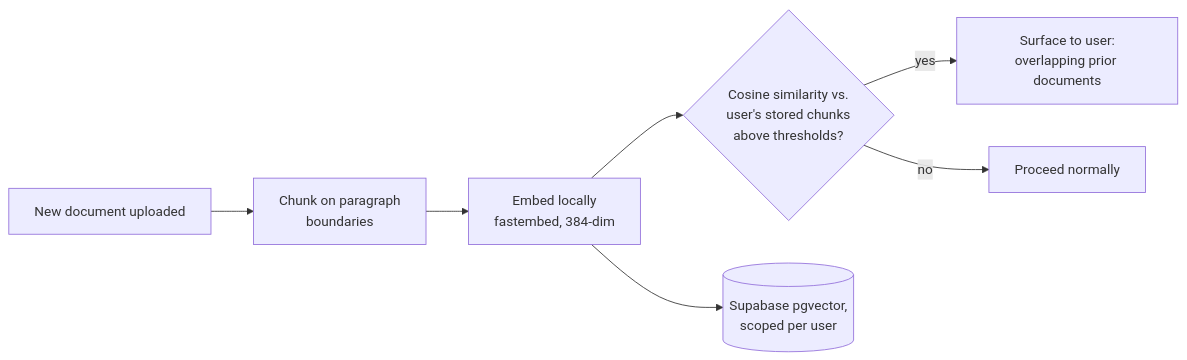
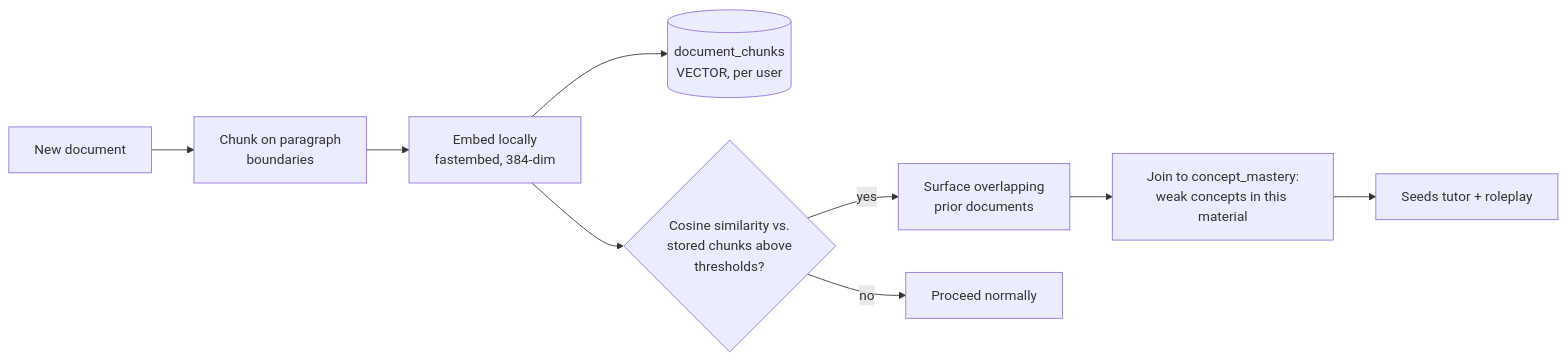
Before and after one commit to PranavReddyGaddam/Bloom: the eighth of 12 diagrams in README.md, drawn with Mermaid. The commit also changed other lines of this file and 2 other files, not shown here.

````diff
--- a/README.md
+++ b/README.md
@@ -111,9 +228,11 @@
 ```mermaid
 flowchart LR
-    UPLOAD[New document uploaded] --> CHUNK[Chunk on paragraph<br/>boundaries]
+    UPLOAD[New document] --> CHUNK[Chunk on paragraph<br/>boundaries]
     CHUNK --> EMBED[Embed locally<br/>fastembed, 384-dim]
-    EMBED --> QUERY{Cosine similarity vs.<br/>user's stored chunks<br/>above thresholds?}
-    QUERY -->|yes| SURFACE[Surface to user:<br/>overlapping prior documents]
+    EMBED --> STORE[(document_chunks<br/>VECTOR, per user)]
+    EMBED --> QUERY{Cosine similarity vs.<br/>stored chunks above<br/>thresholds?}
+    QUERY -->|yes| SURFACE[Surface overlapping<br/>prior documents]
     QUERY -->|no| PROCEED[Proceed normally]
-    EMBED --> STORE[(Supabase pgvector,<br/>scoped per user)]
+    SURFACE --> WEAK[Join to concept_mastery:<br/>weak concepts in this material]
+    WEAK --> TUTOR[Seeds tutor + roleplay]
 ```
````
